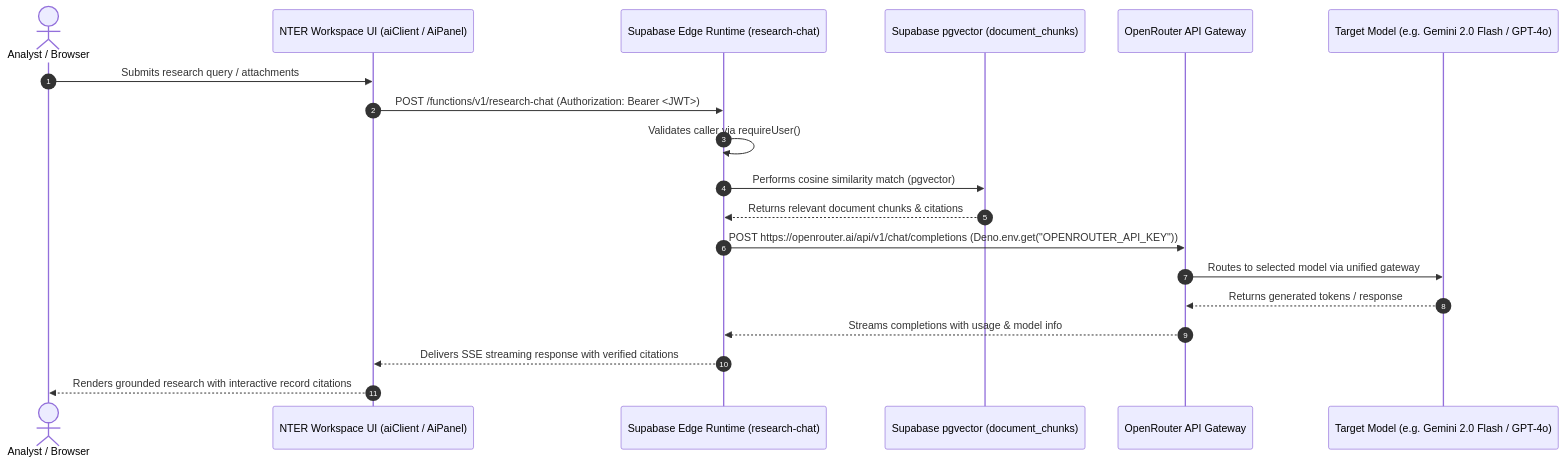
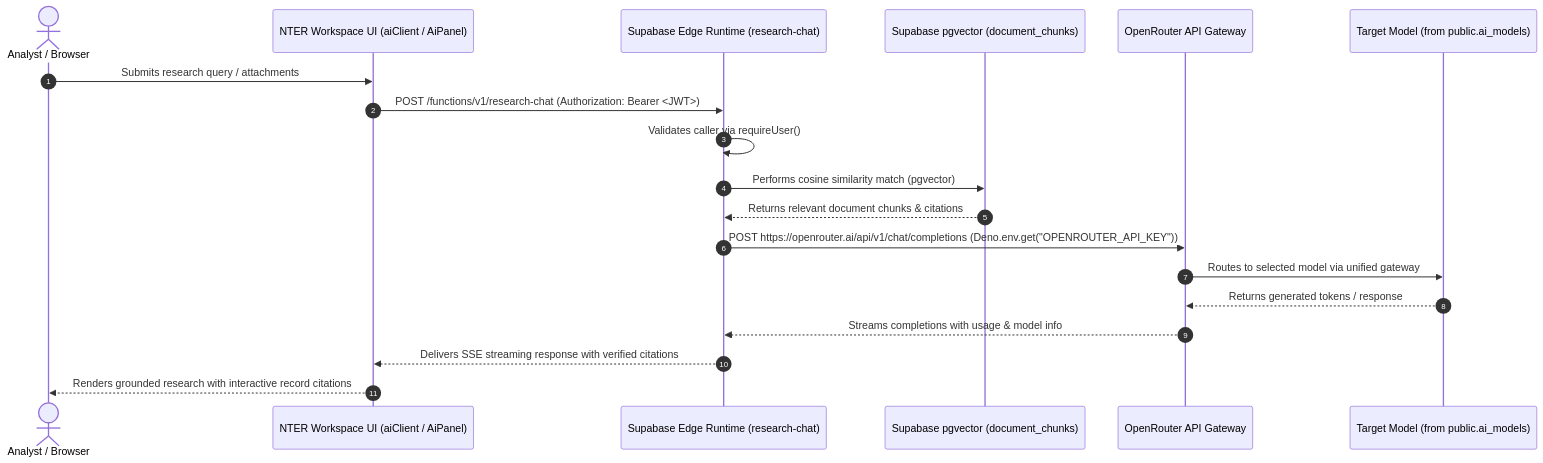
One commit to ddllabs/niyantran changed the second of 8 diagrams in docs/flow.md. Above: the diagram before and after it, drawn with Mermaid. The commit also changed other lines of this file and 11 other files, not shown here.

First line of the commit message:
docs: architecture and current-state docs match the code

````diff
--- a/docs/flow.md
+++ b/docs/flow.md
@@ -94,22 +77,22 @@
 ```mermaid
 sequenceDiagram
     autonumber
     actor Analyst as Analyst / Browser
     participant Client as NTER Workspace UI (aiClient / AiPanel)
     participant Edge as Supabase Edge Runtime (research-chat)
     participant VectorDB as Supabase pgvector (document_chunks)
     participant OpenRouter as OpenRouter API Gateway
-    participant LLM as Target Model (e.g. Gemini 2.0 Flash / GPT-4o)
+    participant LLM as Target Model (from public.ai_models)
 
     Analyst->>Client: Submits research query / attachments
     Client->>Edge: POST /functions/v1/research-chat (Authorization: Bearer <JWT>)
     Edge->>Edge: Validates caller via requireUser()
     Edge->>VectorDB: Performs cosine similarity match (pgvector)
     VectorDB-->>Edge: Returns relevant document chunks & citations
     Edge->>OpenRouter: POST https://openrouter.ai/api/v1/chat/completions (Deno.env.get("OPENROUTER_API_KEY"))
     OpenRouter->>LLM: Routes to selected model via unified gateway
     LLM-->>OpenRouter: Returns generated tokens / response
     OpenRouter-->>Edge: Streams completions with usage & model info
     Edge-->>Client: Delivers SSE streaming response with verified citations
     Client-->>Analyst: Renders grounded research with interactive record citations
 ```
````
